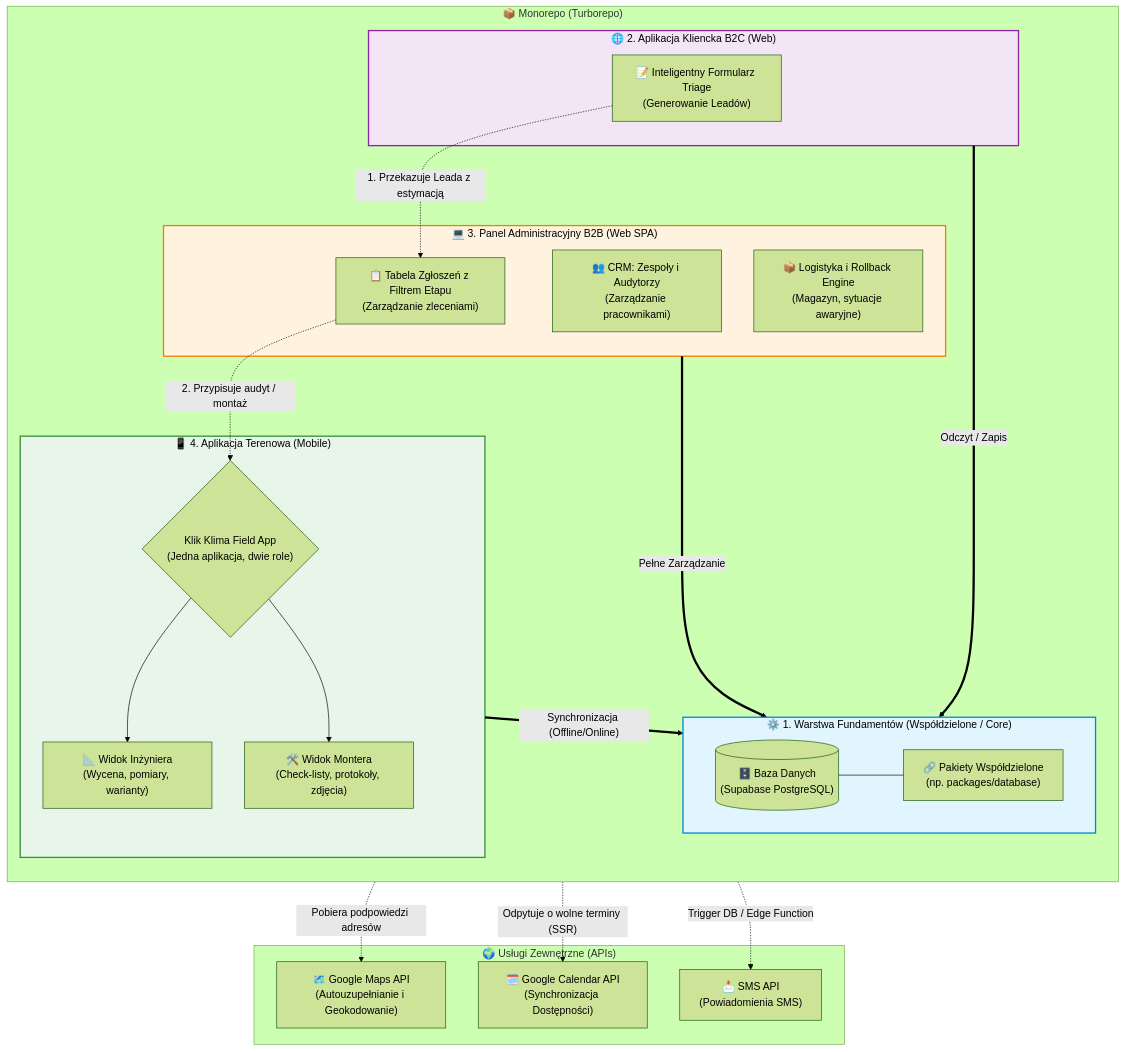
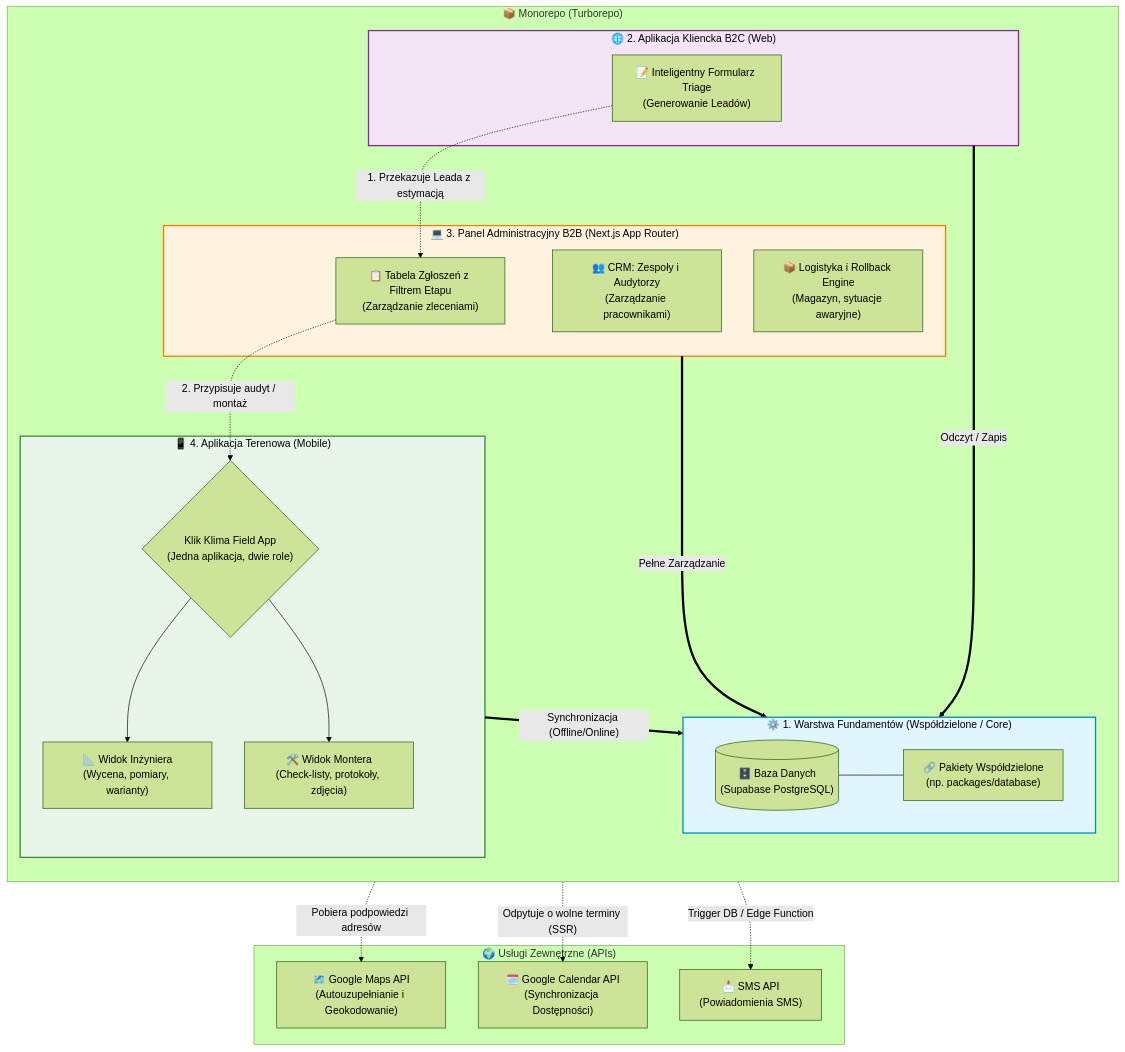
One commit to aiprojectmanagersznurowski-afk/klikklima-system changed the first of 3 diagrams in turborepo/docs/architecture/system_architecture.md. Above: the diagram before and after it, drawn with Mermaid (forest theme). The commit also changed other lines of this file and 142 other files, not shown here.

````diff
--- a/turborepo/docs/architecture/system_architecture.md
+++ b/turborepo/docs/architecture/system_architecture.md
@@ -9,62 +9,62 @@
 ```mermaid
 flowchart TB
     subgraph Monorepo["📦 Monorepo (Turborepo)"]
         direction TB
 
         subgraph Core["⚙️ 1. Warstwa Fundamentów (Współdzielone / Core)"]
             direction LR
             DB[("🗄️ Baza Danych\n(Supabase PostgreSQL)")]
             E2E["🔗 Pakiety Współdzielone\n(np. packages/database)"]
             DB --- E2E
         end
 
         subgraph B2C["🌐 2. Aplikacja Kliencka B2C (Web)"]
             Triage["📝 Inteligentny Formularz Triage\n(Generowanie Leadów)"]
         end
 
-        subgraph B2B["💻 3. Panel Administracyjny B2B (Web SPA)"]
+        subgraph B2B["💻 3. Panel Administracyjny B2B (Next.js App Router)"]
             LeadTable["📋 Tabela Zgłoszeń z Filtrem Etapu\n(Zarządzanie zleceniami)"]
             Crew["👥 CRM: Zespoły i Audytorzy\n(Zarządzanie pracownikami)"]
             Rollback["📦 Logistyka i Rollback Engine\n(Magazyn, sytuacje awaryjne)"]
         end
 
         subgraph Mobile["📱 4. Aplikacja Terenowa (Mobile)"]
             FieldApp{"Klik Klima Field App\n(Jedna aplikacja, dwie role)"}
             Eng["📐 Widok Inżyniera\n(Wycena, pomiary, warianty)"]
             Inst["🛠️ Widok Montera\n(Check-listy, protokoły, zdjęcia)"]
             
             FieldApp --> Eng
             FieldApp --> Inst
         end
 
         %% Relacje dostępu do bazy
         B2C == Odczyt / Zapis ==> Core
         B2B == Pełne Zarządzanie ==> Core
         Mobile == Synchronizacja (Offline/Online) ==> Core
 
         %% Przykładowy przepływ biznesowy (przerywane linie)
         Triage -. "1. Przekazuje Leada z estymacją" .-> LeadTable
         LeadTable -. "2. Przypisuje audyt / montaż" .-> FieldApp
     end
 
     subgraph External["🌍 Usługi Zewnętrzne (APIs)"]
         GoogleMaps["🗺️ Google Maps API\n(Autouzupełnianie i Geokodowanie)"]
         GoogleCal["🗓️ Google Calendar API\n(Synchronizacja Dostępności)"]
         SMSApi["📩 SMS API\n(Powiadomienia SMS)"]
     end
 
     %% Relacje z zewnątrz
     B2C -. "Pobiera podpowiedzi adresów" .-> GoogleMaps
     B2C -. "Odpytuje o wolne terminy (SSR)" .-> GoogleCal
     Core -. "Trigger DB / Edge Function" .-> SMSApi
 
     classDef core fill:#e1f5fe,stroke:#0288d1,stroke-width:2px,color:#000;
     classDef web fill:#f3e5f5,stroke:#8e24aa,stroke-width:2px,color:#000;
     classDef admin fill:#fff3e0,stroke:#f57c00,stroke-width:2px,color:#000;
     classDef mobile fill:#e8f5e9,stroke:#388e3c,stroke-width:2px,color:#000;
 
     class Core core;
     class B2C web;
     class B2B admin;
     class Mobile mobile;
 ```
````
